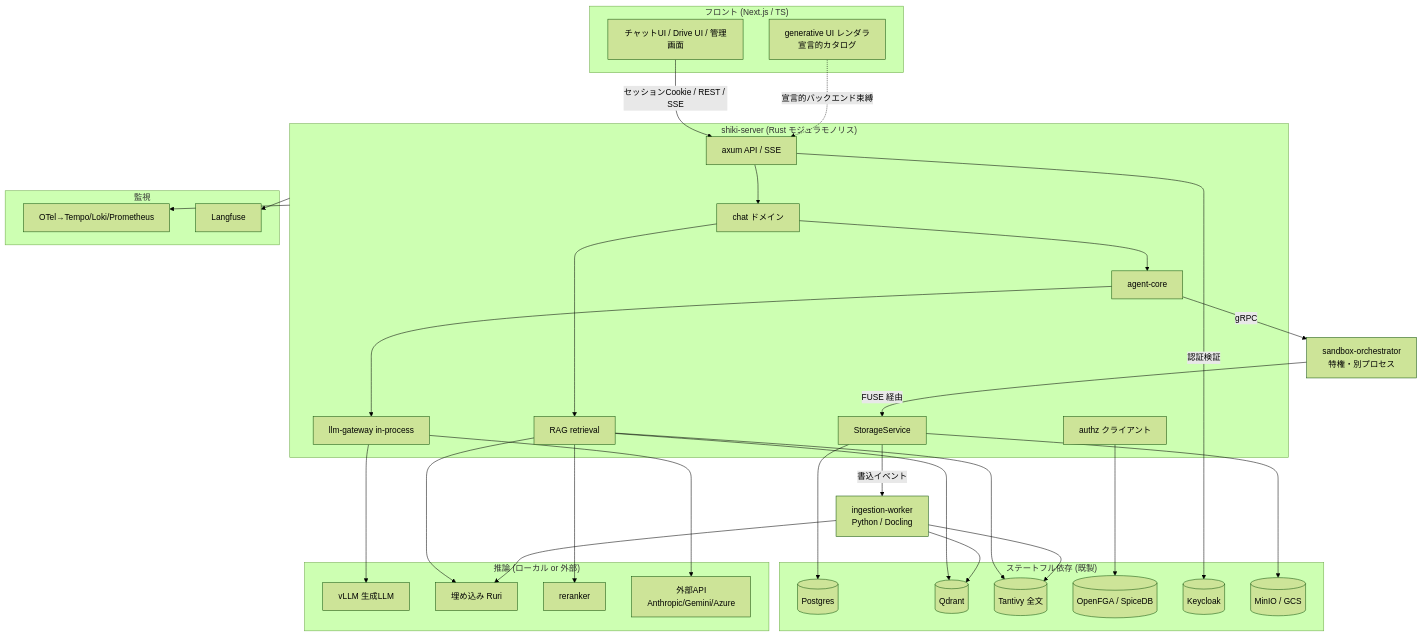
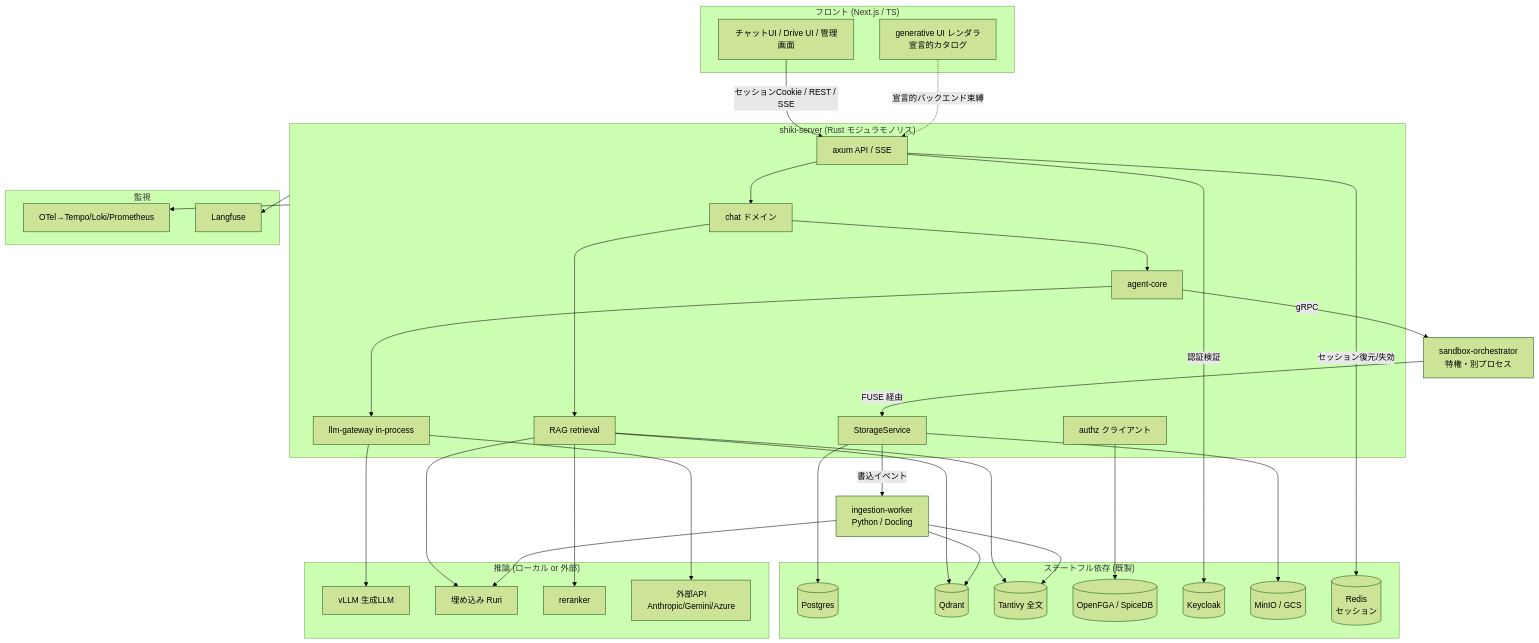
Before and after one commit to imanect-labs/shiki-platform: the first of 8 diagrams in docs/design.md, drawn with Mermaid (forest theme). The commit also changed other lines of this file and 4 other files, not shown here.

````diff
--- a/docs/design.md
+++ b/docs/design.md
@@ -18,56 +18,58 @@
 ```mermaid
 flowchart TB
   subgraph Client["フロント (Next.js / TS)"]
     UI[チャットUI / Drive UI / 管理画面]
     GUI[generative UI レンダラ<br/>宣言的カタログ]
   end
 
   subgraph Server["shiki-server (Rust モジュラモノリス)"]
     API[axum API / SSE]
     CHAT[chat ドメイン]
     AGENT[agent-core]
     GW[llm-gateway in-process]
     STORE[StorageService]
     RAG[RAG retrieval]
     AUTHZc[authz クライアント]
   end
 
   ORCH[sandbox-orchestrator<br/>特権・別プロセス]
   INGEST[ingestion-worker<br/>Python / Docling]
 
   subgraph Infra["ステートフル依存 (既製)"]
     PG[(Postgres)]
     QD[(Qdrant)]
     TV[(Tantivy 全文)]
     FGA[(OpenFGA / SpiceDB)]
     KC[(Keycloak)]
     OBJ[(MinIO / GCS)]
+    RD[(Redis<br/>セッション)]
   end
 
   subgraph Infer["推論 (ローカル or 外部)"]
     VLLM[vLLM 生成LLM]
     EMB[埋め込み Ruri]
     RR[reranker]
     EXT[外部API<br/>Anthropic/Gemini/Azure]
   end
 
   subgraph Obs["監視"]
     OTEL[OTel→Tempo/Loki/Prometheus]
     LF[Langfuse]
   end
 
   UI -->|セッションCookie / REST / SSE| API
   GUI -. 宣言的バックエンド束縛 .-> API
   API --> CHAT --> AGENT --> GW
   GW --> VLLM & EXT
   RAG --> QD & TV & RR & EMB
   CHAT --> RAG
   AGENT -->|gRPC| ORCH
   ORCH -->|FUSE 経由| STORE
   STORE --> OBJ & PG
   STORE -->|書込イベント| INGEST
   INGEST --> QD & TV & EMB
   AUTHZc --> FGA
   API -->|認証検証| KC
+  API -->|セッション復元/失効| RD
   Server --> OTEL & LF
 ```
````
